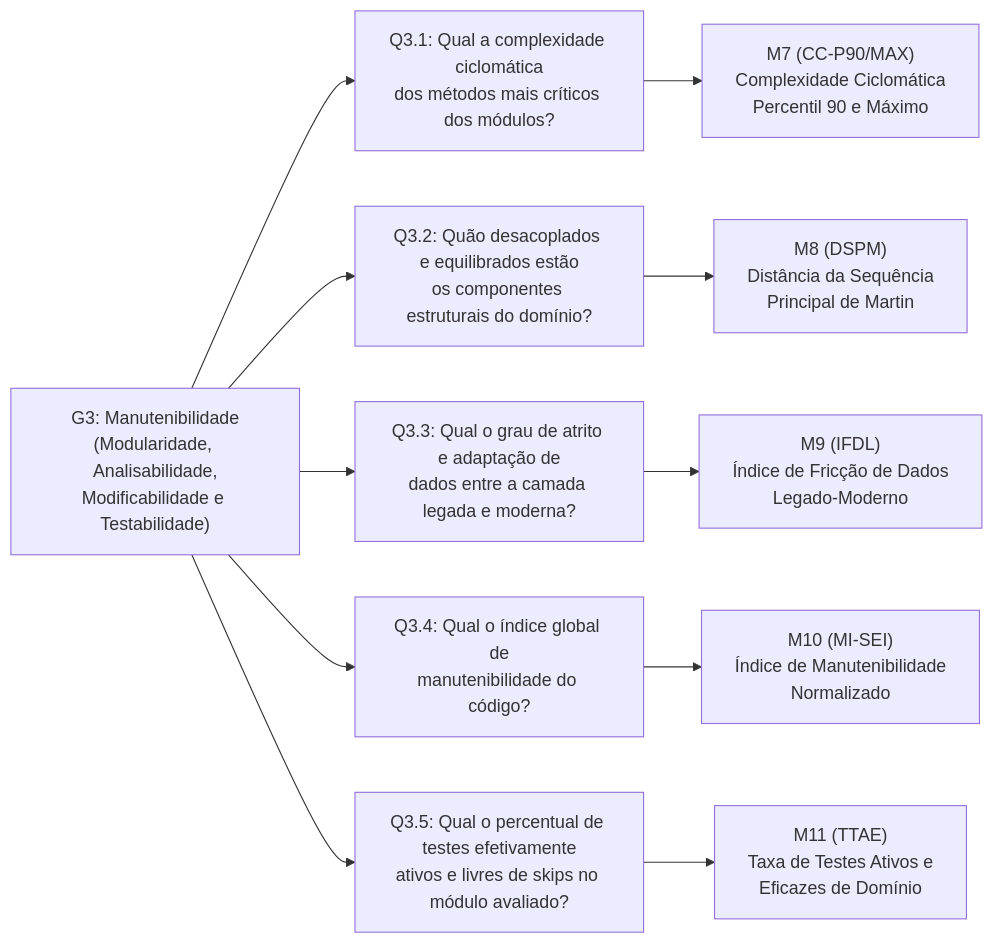
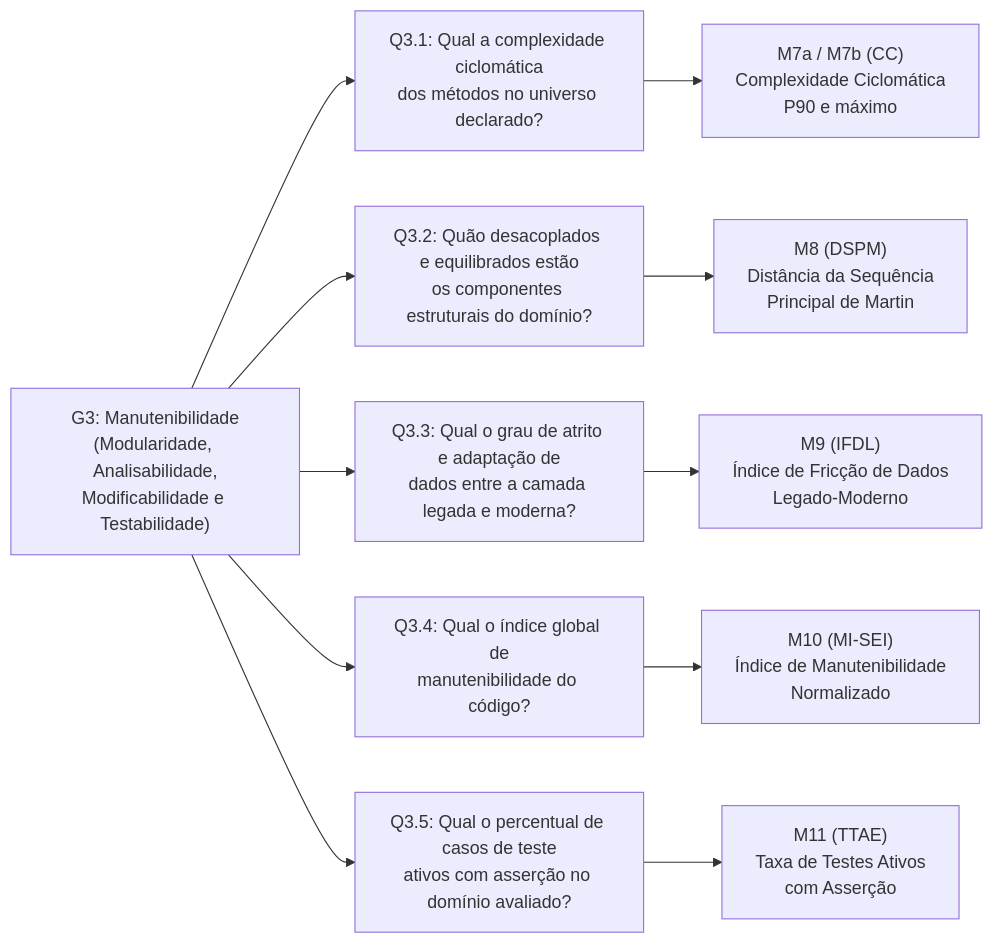
The fourth of 5 diagrams in docs/gqm_evaluation_framework.md (FCTE-Qualidade-de-Software-1/2026-2_T02_GRACE_HOPPER), drawn with Mermaid before and after one commit. The commit also changed other lines of this file and 5 other files, not shown here.

````diff
--- a/docs/gqm_evaluation_framework.md
+++ b/docs/gqm_evaluation_framework.md
@@ -198,22 +198,22 @@
 ```mermaid
 flowchart LR
     G3["G3: Manutenibilidade<br/>(Modularidade, Analisabilidade,<br/>Modificabilidade e Testabilidade)"]
 
-    Q31["Q3.1: Qual a complexidade ciclomática<br/>dos métodos mais críticos dos módulos?"]
+    Q31["Q3.1: Qual a complexidade ciclomática<br/>dos métodos no universo declarado?"]
     Q32["Q3.2: Quão desacoplados e equilibrados estão<br/>os componentes estruturais do domínio?"]
     Q33["Q3.3: Qual o grau de atrito e adaptação de<br/>dados entre a camada legada e moderna?"]
     Q34["Q3.4: Qual o índice global de<br/>manutenibilidade do código?"]
-    Q35["Q3.5: Qual o percentual de testes efetivamente<br/>ativos e livres de skips no módulo avaliado?"]
+    Q35["Q3.5: Qual o percentual de casos de teste<br/>ativos com asserção no domínio avaliado?"]
 
-    M7["M7 (CC-P90/MAX)<br/>Complexidade Ciclomática<br/>Percentil 90 e Máximo"]
+    M7["M7a / M7b (CC)<br/>Complexidade Ciclomática<br/>P90 e máximo"]
     M8["M8 (DSPM)<br/>Distância da Sequência<br/>Principal de Martin"]
     M9["M9 (IFDL)<br/>Índice de Fricção de Dados<br/>Legado-Moderno"]
     M10["M10 (MI-SEI)<br/>Índice de Manutenibilidade<br/>Normalizado"]
-    M11["M11 (TTAE)<br/>Taxa de Testes Ativos e<br/>Eficazes de Domínio"]
+    M11["M11 (TTAE)<br/>Taxa de Testes Ativos<br/>com Asserção"]
 
     G3 --> Q31 --> M7
     G3 --> Q32 --> M8
     G3 --> Q33 --> M9
     G3 --> Q34 --> M10
     G3 --> Q35 --> M11
 ```
````
